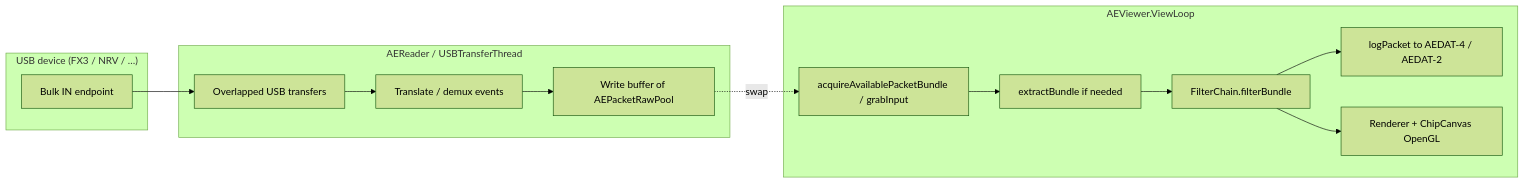
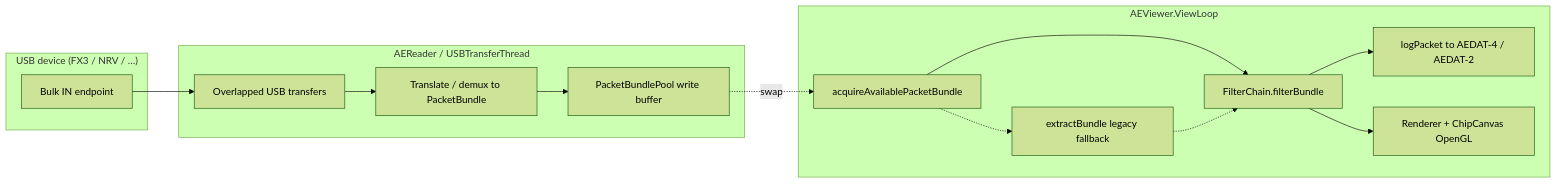
The first of 6 diagrams in docs/README-jaer3.md (SensorsINI/jaer), drawn with Mermaid (forest theme) before and after one commit. The commit also changed other lines of this file and 2 other files, not shown here.

First line of the commit message:
Document USB PacketBundle live path and legacy AE extract.

````diff
--- a/docs/README-jaer3.md
+++ b/docs/README-jaer3.md
@@ -17,24 +17,26 @@
 ```mermaid
 flowchart LR
   subgraph USB["USB device (FX3 / NRV / …)"]
     EP[Bulk IN endpoint]
   end
 
   subgraph Capture["AEReader / USBTransferThread"]
     XFER[Overlapped USB transfers]
-    PARSE[Translate / demux events]
-    WBUF[Write buffer of AEPacketRawPool]
+    PARSE[Translate / demux to PacketBundle]
+    WBUF[PacketBundlePool write buffer]
   end
 
   subgraph View["AEViewer.ViewLoop"]
-    ACQ[acquireAvailablePacketBundle / grabInput]
-    EXT[extractBundle if needed]
+    ACQ[acquireAvailablePacketBundle]
+    EXT[extractBundle legacy fallback]
     FILT[FilterChain.filterBundle]
     LOG[logPacket to AEDAT-4 / AEDAT-2]
     REN[Renderer + ChipCanvas OpenGL]
   end
 
   EP --> XFER --> PARSE --> WBUF
-  WBUF -.swap.-> ACQ --> EXT --> FILT --> LOG
+  WBUF -.swap.-> ACQ --> FILT
+  ACQ -.-> EXT -.-> FILT
+  FILT --> LOG
   FILT --> REN
 ```
````
